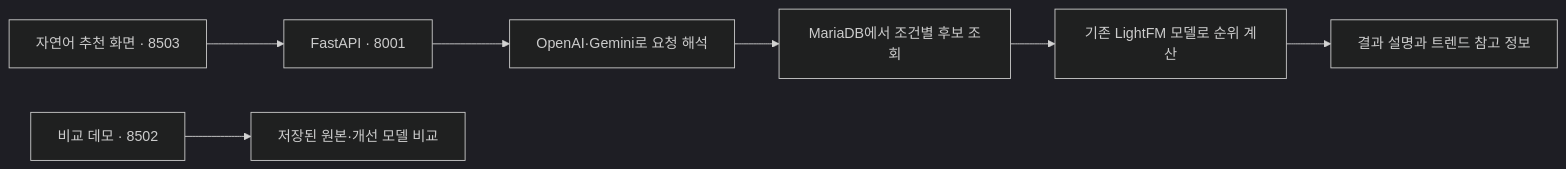
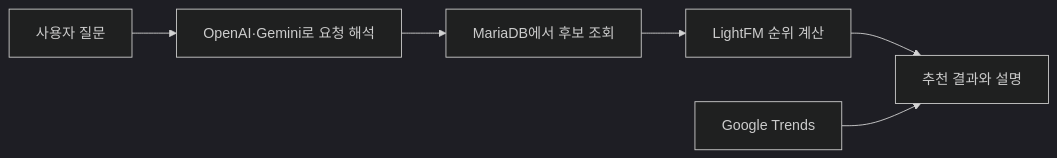
Before and after one commit to KMINNNNJ/recommendation_system: the diagram in README.md, drawn with Mermaid (dark theme). The commit also changed other lines of this file and 1 other file, not shown here.

````diff
--- a/README.md
+++ b/README.md
@@ -29,9 +38,8 @@
 ```mermaid
 flowchart LR
-    A[자연어 추천 화면 · 8503] --> B[FastAPI · 8001]
-    B --> C[OpenAI·Gemini로 요청 해석]
-    C --> D[MariaDB에서 조건별 후보 조회]
-    D --> E[기존 LightFM 모델로 순위 계산]
-    E --> F[결과 설명과 트렌드 참고 정보]
-    G[비교 데모 · 8502] --> H[저장된 원본·개선 모델 비교]
+    A[사용자 질문] --> B[OpenAI·Gemini로 요청 해석]
+    B --> C[MariaDB에서 후보 조회]
+    C --> D[LightFM 순위 계산]
+    D --> E[추천 결과와 설명]
+    F[Google Trends] --> E
 ```
````
